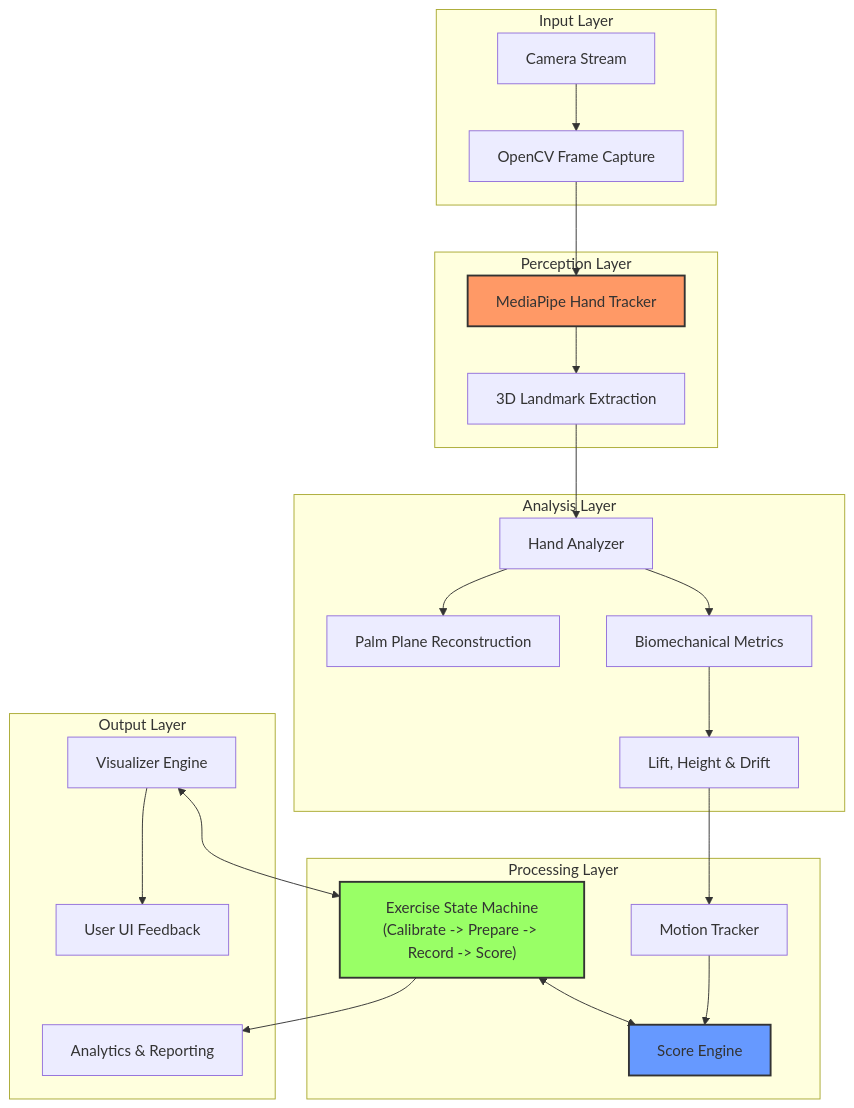
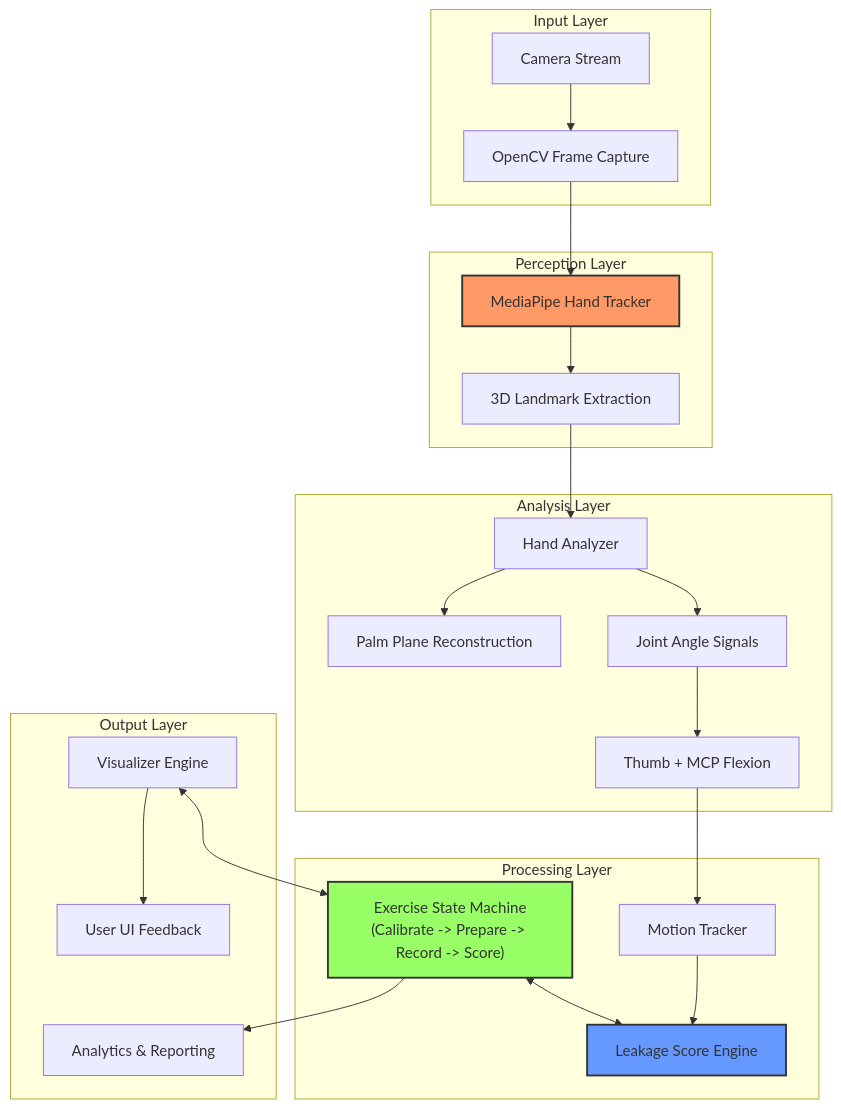
The diagram in README.md (sadhumitha-s/finger-independence), drawn with Mermaid before and after one commit. The commit also changed other lines of this file and 10 other files, not shown here.

Commit message:
refactor: simplify finger independence scoring by replacing complex heuristic metrics with joint-angle leakage analysis

````diff
--- a/README.md
+++ b/README.md
@@ -103,34 +120,34 @@
 ```mermaid
 graph TD
     subgraph "Input Layer"
         A[Camera Stream] --> B[OpenCV Frame Capture]
     end
 
     subgraph "Perception Layer"
         B --> C[MediaPipe Hand Tracker]
         C --> D[3D Landmark Extraction]
     end
 
     subgraph "Analysis Layer"
         D --> E[Hand Analyzer]
         E --> F[Palm Plane Reconstruction]
-        E --> G[Biomechanical Metrics]
-        G --> H[Lift, Height & Drift]
+        E --> G[Joint Angle Signals]
+        G --> H[Thumb + MCP Flexion]
     end
 
     subgraph "Processing Layer"
         H --> I[Motion Tracker]
-        I --> J[Score Engine]
+        I --> J[Leakage Score Engine]
         K["Exercise State Machine<br/>(Calibrate -> Prepare -> Record -> Score)"] <--> J
     end
 
     subgraph "Output Layer"
         M[Visualizer Engine] <--> K
         K --> N[Analytics & Reporting]
         M --> O[User UI Feedback]
     end
 
     style C fill:#f96,stroke:#333,stroke-width:2px
     style J fill:#69f,stroke:#333,stroke-width:2px
     style K fill:#9f6,stroke:#333,stroke-width:2px
 ```
````
